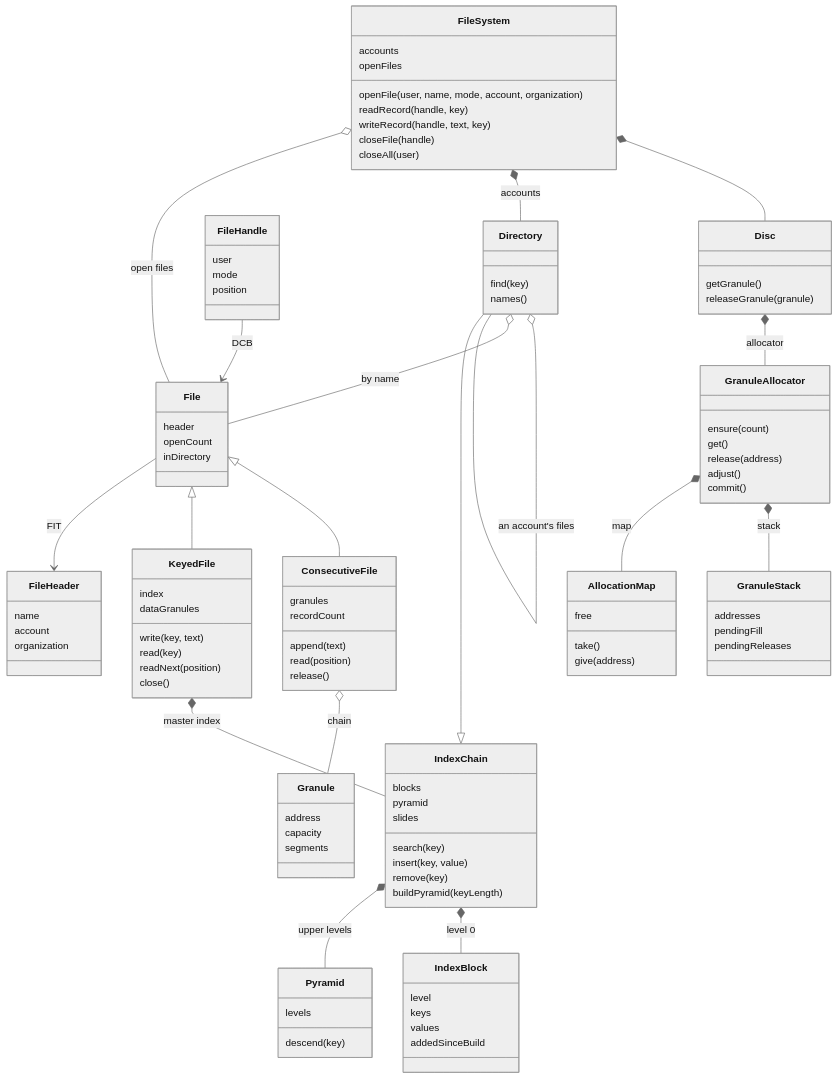
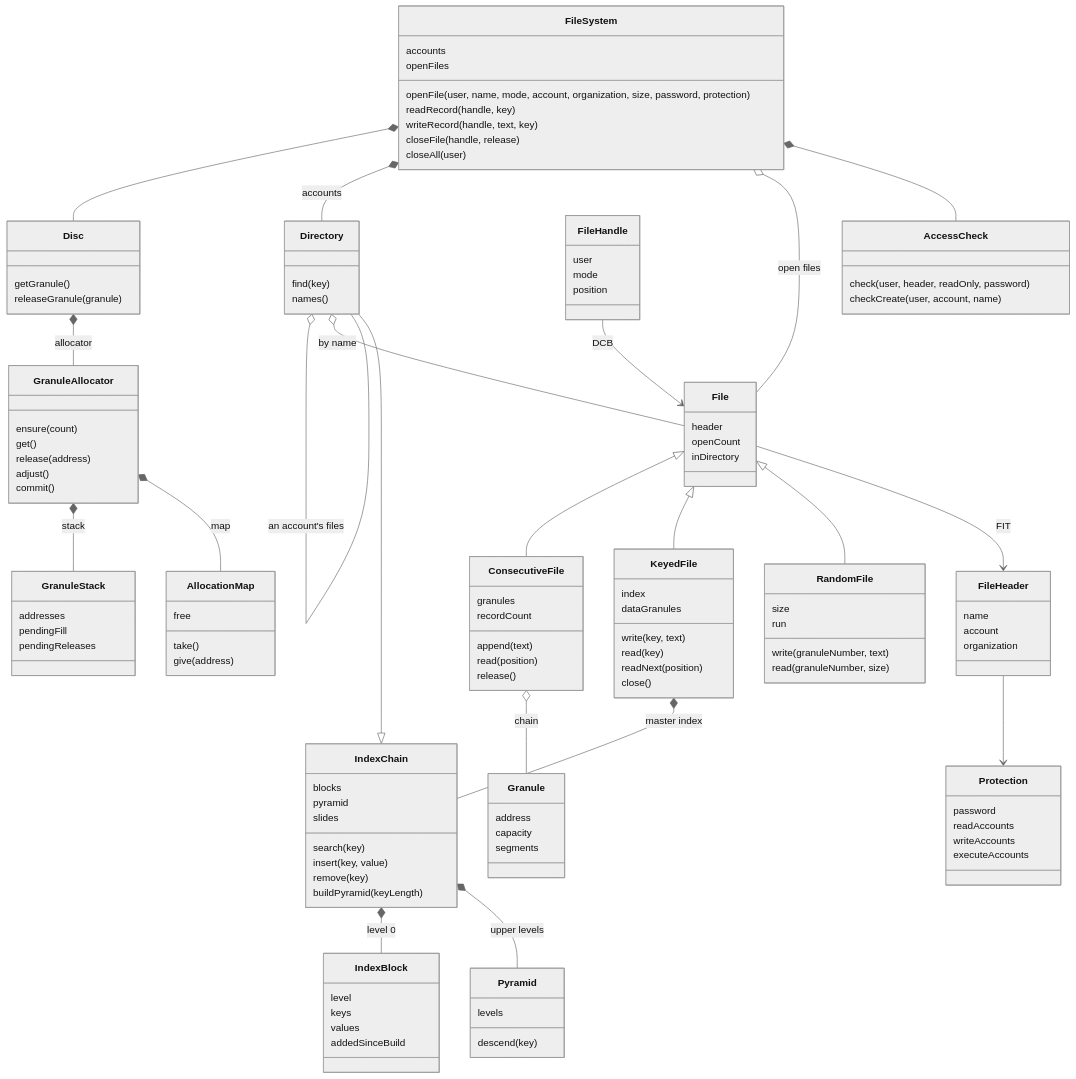
The eighth of 12 diagrams in pyCP-V/C00stap/docs/model.md (msiddalingaiah/Sigma), drawn with Mermaid (neutral theme) before and after one commit. The commit also changed other lines of this file and 17 other files, not shown here.

Commit message:
Readable model: random files, deleting files and access checks

```diff
--- a/pyCP-V/C00stap/docs/model.md
+++ b/pyCP-V/C00stap/docs/model.md
@@ -502,11 +502,27 @@
     class FileSystem {
         accounts
         openFiles
-        openFile(user, name, mode, account, organization)
+        openFile(user, name, mode, account, organization, size, password, protection)
         readRecord(handle, key)
         writeRecord(handle, text, key)
-        closeFile(handle)
+        closeFile(handle, release)
         closeAll(user)
+    }
+    class AccessCheck {
+        check(user, header, readOnly, password)
+        checkCreate(user, account, name)
+    }
+    class Protection {
+        password
+        readAccounts
+        writeAccounts
+        executeAccounts
+    }
+    class RandomFile {
+        size
+        run
+        write(granuleNumber, text)
+        read(granuleNumber, size)
     }
     class IndexChain {
         blocks
@@ -601,6 +617,9 @@
     FileHandle --> File : DCB
     File <|-- ConsecutiveFile
     File <|-- KeyedFile
+    File <|-- RandomFile
+    FileSystem *-- AccessCheck
+    FileHeader --> Protection
     KeyedFile *-- IndexChain : master index
     File --> FileHeader : FIT
     ConsecutiveFile o-- Granule : chain
```
